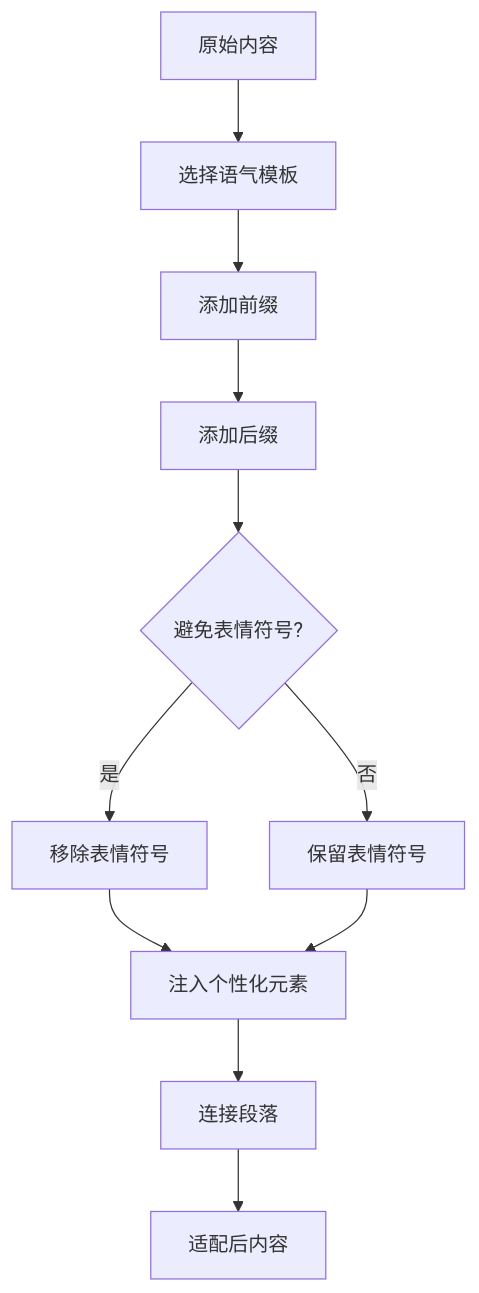
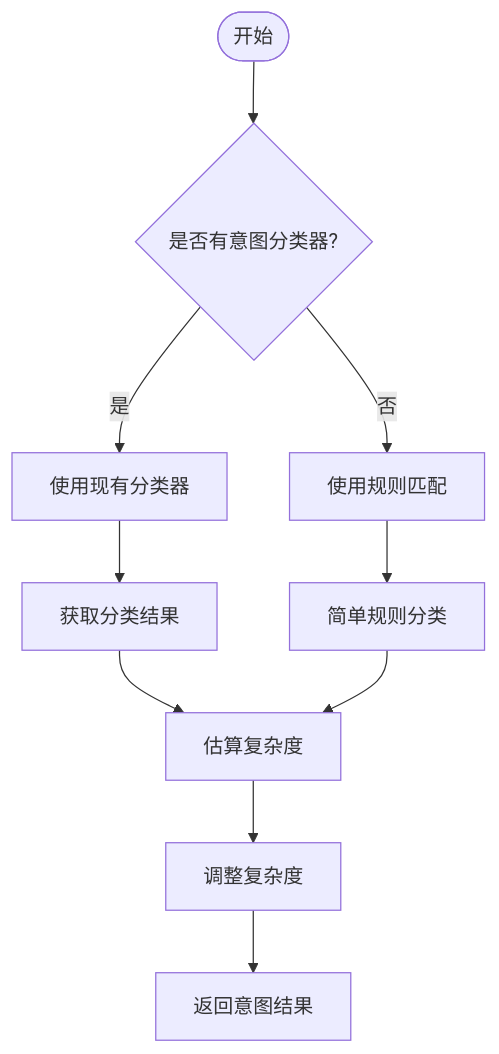
The fourth of 11 diagrams in .qoder/repowiki/zh/content/交互层模块/交互层模块.md (JieGaoPrinceton/NecoRAG), drawn with Mermaid before and after one commit. The commit also changed other lines of this file and 82 other files, not shown here.

````diff
--- a/.qoder/repowiki/zh/content/交互层模块/交互层模块.md
+++ b/.qoder/repowiki/zh/content/交互层模块/交互层模块.md
@@ -294,13 +243,12 @@
 ```mermaid
 flowchart TD
-Input[原始内容] --> SelectTemplate["选择语气模板"]
-SelectTemplate --> AddPrefix["添加前缀"]
-AddPrefix --> AddSuffix["添加后缀"]
-AddSuffix --> CheckEmoji{"避免表情符号?"}
-CheckEmoji --> |是| RemoveEmoji["移除表情符号"]
-CheckEmoji --> |否| SkipEmoji["保留表情符号"]
-RemoveEmoji --> InjectPersonality["注入个性化元素"]
-SkipEmoji --> InjectPersonality
-InjectPersonality --> ConnectParagraphs["连接段落"]
-ConnectParagraphs --> Output[适配后内容]
+Start([开始]) --> CheckClassifier{"是否有意图分类器?"}
+CheckClassifier --> |是| UseClassifier["使用现有分类器"]
+CheckClassifier --> |否| RuleBased["使用规则匹配"]
+UseClassifier --> GetClassification["获取分类结果"]
+RuleBased --> SimpleClassification["简单规则分类"]
+GetClassification --> EstimateComplexity["估算复杂度"]
+SimpleClassification --> EstimateComplexity
+EstimateComplexity --> AdjustComplexity["调整复杂度"]
+AdjustComplexity --> ReturnResult["返回意图结果"]
 ```
````
